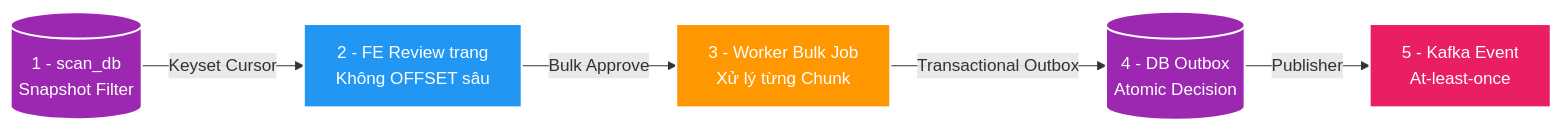
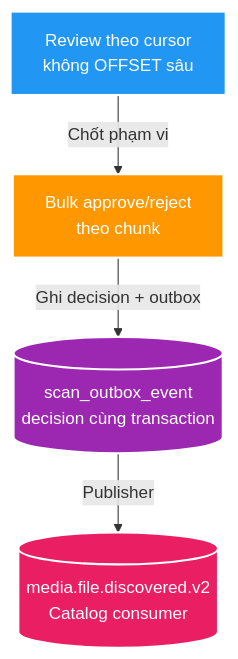
The second of 2 diagrams in manual/learning/use-cases/scale-capacity/sc-01-scan-one-million-filesystem-entry/01-deep-dive.md (HungPhan200591/file-mngt-be-v2), drawn with Mermaid before and after one commit. The commit also changed other lines of this file and 1 other file, not shown here.

````diff
--- a/manual/learning/use-cases/scale-capacity/sc-01-scan-one-million-filesystem-entry/01-deep-dive.md
+++ b/manual/learning/use-cases/scale-capacity/sc-01-scan-one-million-filesystem-entry/01-deep-dive.md
@@ -43,13 +36,16 @@
 ```mermaid
-flowchart LR
-    DB[("<font color='white'>1 - scan_db<br/>Snapshot Filter</font>")] -->|"Keyset Cursor"| REVIEW["<font color='white'>2 - FE Review trang<br/>Không OFFSET sâu</font>"]
-    REVIEW -->|"Bulk Approve"| BULK["<font color='white'>3 - Worker Bulk Job<br/>Xử lý từng Chunk</font>"]
-    BULK -->|"Transactional Outbox"| OUTBOX[("<font color='white'>4 - DB Outbox<br/>Atomic Decision</font>")]
-    OUTBOX -->|"Publisher"| KAFKA["<font color='white'>5 - Kafka Event<br/>At-least-once</font>"]
+flowchart TD
+    REVIEW["<font color='white'>Review theo cursor<br/>không OFFSET sâu</font>"]
+    BULK["<font color='white'>Bulk approve/reject<br/>theo chunk</font>"]
+    OUTBOX[("<font color='white'>scan_outbox_event<br/>decision cùng transaction</font>")]
+    KAFKA[("<font color='white'>media.file.discovered.v2<br/>Catalog consumer</font>")]
 
-    style DB fill:#9C27B0,stroke:#fff,stroke-width:2px
+    REVIEW -->|"Chốt phạm vi"| BULK
+    BULK -->|"Ghi decision + outbox"| OUTBOX
+    OUTBOX -->|"Publisher"| KAFKA
+
     style REVIEW fill:#2196F3,stroke:#fff,stroke-width:2px
     style BULK fill:#FF9800,stroke:#fff,stroke-width:2px
     style OUTBOX fill:#9C27B0,stroke:#fff,stroke-width:2px
     style KAFKA fill:#E91E63,stroke:#fff,stroke-width:2px
 ```
````
